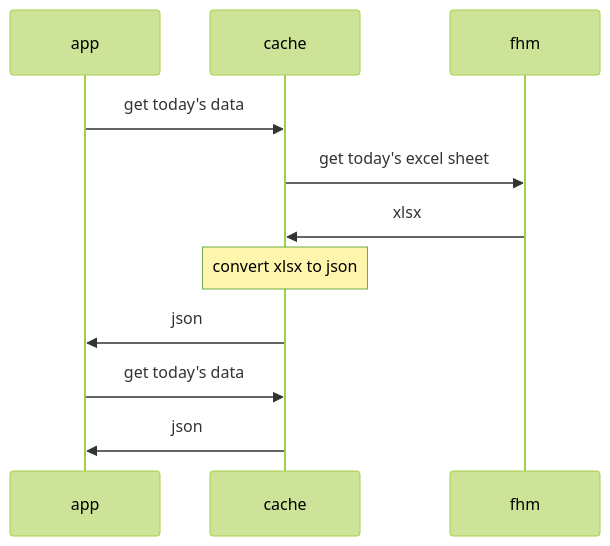
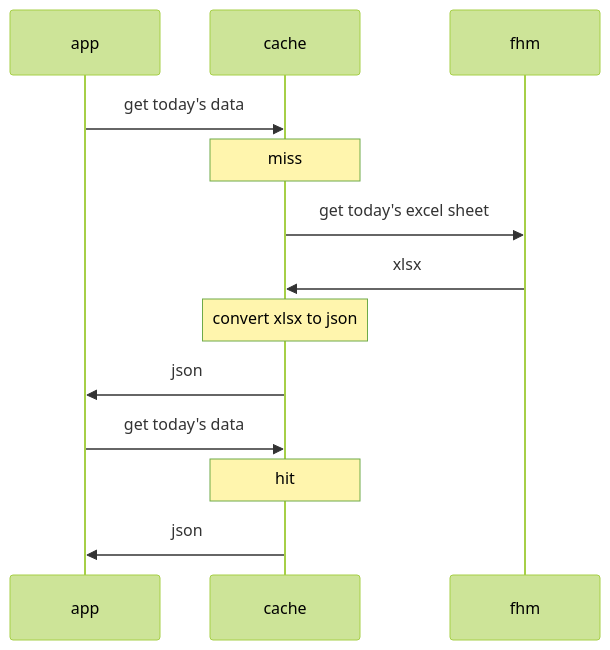
One commit to rhersen/fhm-cache-node changed the diagram in README.md. Above: the diagram before and after it, drawn with Mermaid (forest theme).

````diff
--- a/README.md
+++ b/README.md
@@ -2,10 +2,12 @@
 ```mermaid
 sequenceDiagram
     app->>cache: get today's data
+    Note over cache: miss
     cache->>fhm: get today's excel sheet
     fhm->>cache: xlsx
     Note over cache: convert xlsx to json
     cache->>app: json
     app->>cache: get today's data
+    Note over cache: hit
     cache->>app: json
 ```
````
